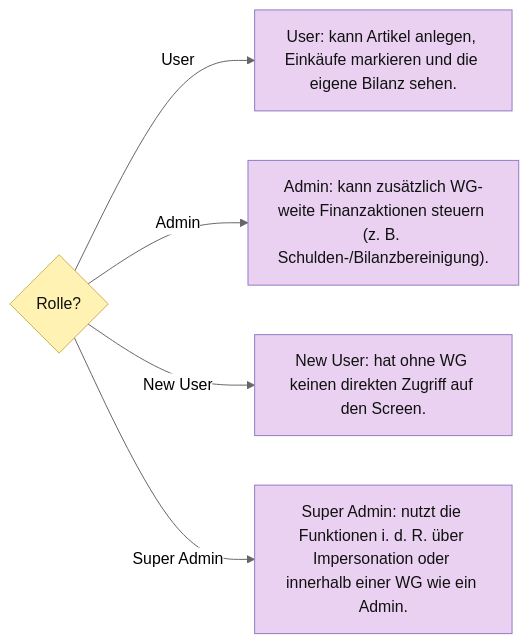
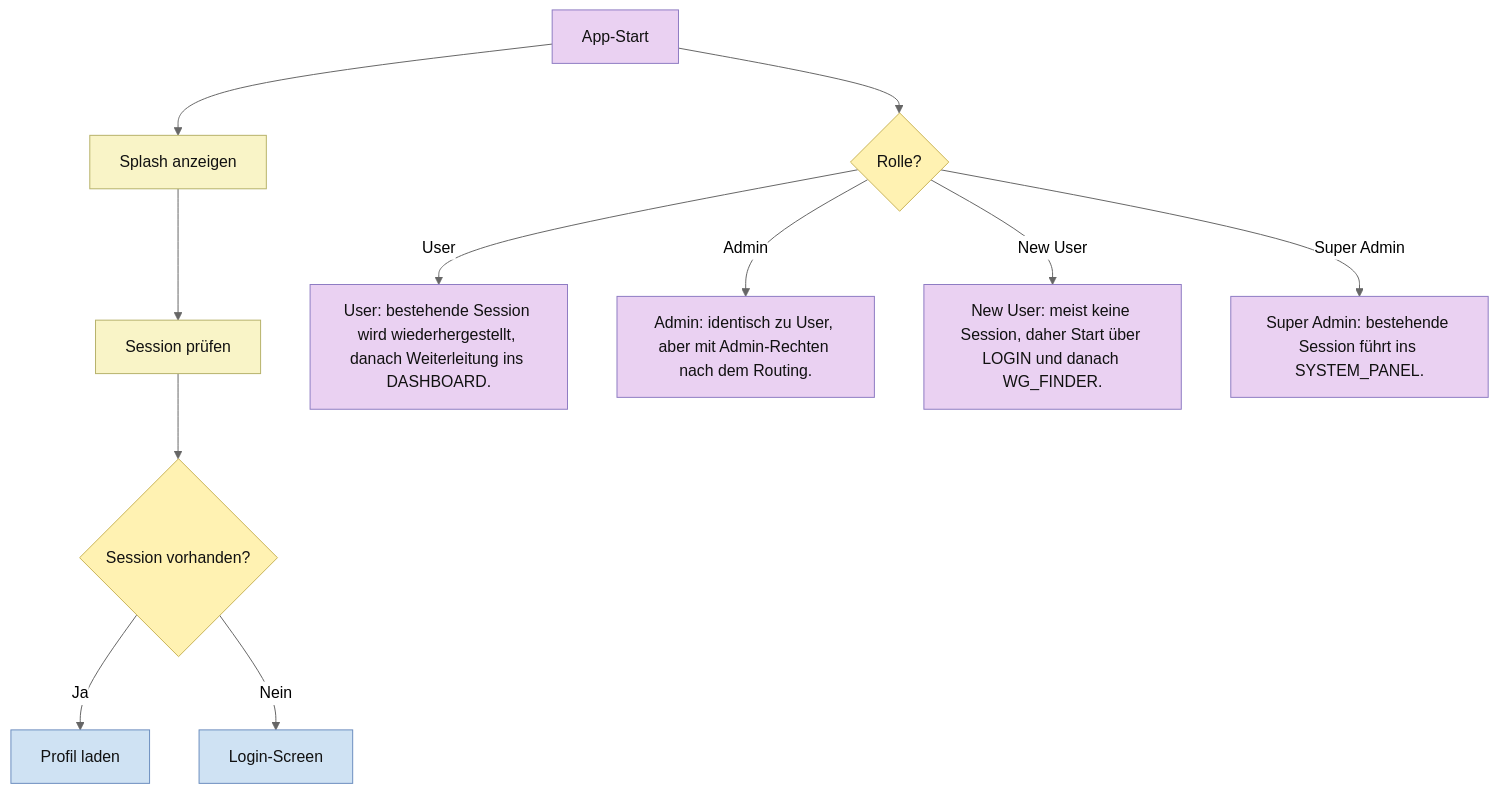
Before and after one commit to Nejy190501/WGManager: the seventh of 27 diagrams in ABLAUFDIAGRAMM.md, drawn with Mermaid (neutral theme). The commit also changed other lines of this file, not shown here.

````diff
--- a/ABLAUFDIAGRAMM.md
+++ b/ABLAUFDIAGRAMM.md
@@ -293,23 +390,34 @@
 ```mermaid
-flowchart LR
-    R{"Rolle?"}
-    U["User: kann Artikel anlegen, Einkäufe markieren und die eigene Bilanz sehen."]
-    A["Admin: kann zusätzlich WG-weite Finanzaktionen steuern (z. B. Schulden-/Bilanzbereinigung)."]
-    N["New User: hat ohne WG keinen direkten Zugriff auf den Screen."]
-    S["Super Admin: nutzt die Funktionen i. d. R. über Impersonation oder innerhalb einer WG wie ein Admin."]
-    R -->|User| U
-    R -->|Admin| A
-    R -->|New User| N
-    R -->|Super Admin| S
+flowchart TD
+    A["App-Start"] --> B["Splash anzeigen"]
+    B --> C["Session prüfen"]
+    C --> D{"Session vorhanden?"}
+    D -->|Ja| E["Profil laden"]
+    D -->|Nein| F["Login-Screen"]
+
+
+    A --> RLQ{"Rolle?"}
+    RLU["User: bestehende Session wird wiederhergestellt, danach Weiterleitung ins DASHBOARD."]
+    RLA["Admin: identisch zu User, aber mit Admin-Rechten nach dem Routing."]
+    RLN["New User: meist keine Session, daher Start über LOGIN und danach WG_FINDER."]
+    RLS["Super Admin: bestehende Session führt ins SYSTEM_PANEL."]
+    RLQ -->|User| RLU
+    RLQ -->|Admin| RLA
+    RLQ -->|New User| RLN
+    RLQ -->|Super Admin| RLS
 
     classDef userAction fill:#ead1f2,stroke:#8e7cc3,color:#111;
     classDef systemAction fill:#f9f4c7,stroke:#b7b26a,color:#111;
     classDef userDecision fill:#f4cccc,stroke:#cc7a7a,color:#111;
     classDef systemDecision fill:#fff2b2,stroke:#c9b458,color:#111;
     classDef button fill:#f4a6a6,stroke:#c97b7b,color:#111;
     classDef userInput fill:#f8d7da,stroke:#d49aa2,color:#111;
     classDef screen fill:#cfe2f3,stroke:#6c8ebf,color:#111;
 
-    class R systemDecision;
-    class U,A,N,S userAction;
+    class A userAction;
+    class B,C systemAction;
+    class D systemDecision;
+    class E,F screen;
+    class RLQ systemDecision;
+    class RLU,RLA,RLN,RLS userAction;
 ```
````
